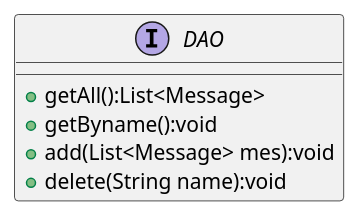
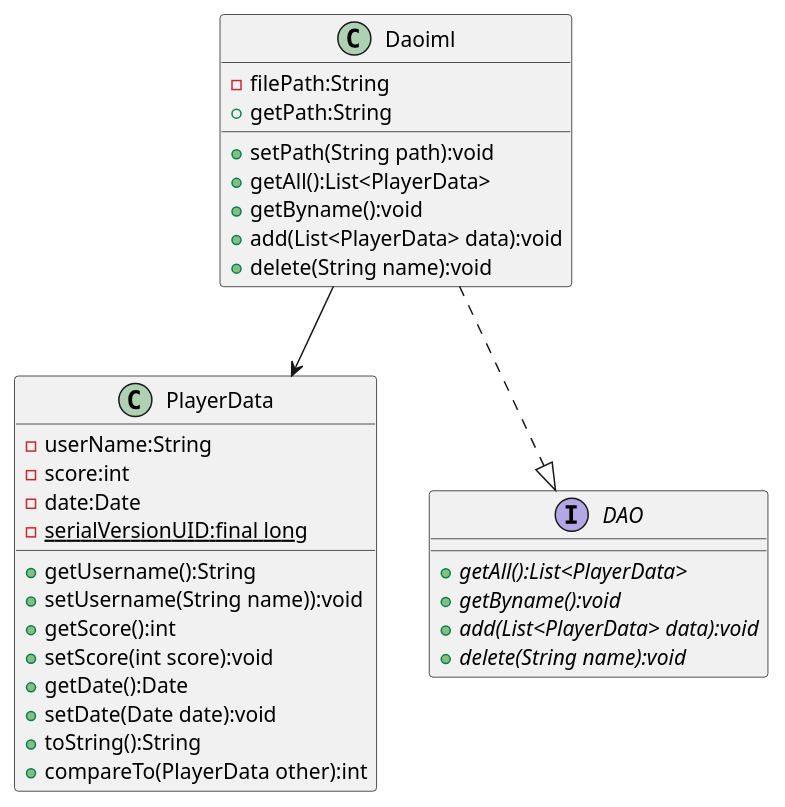
One commit to simple-luck/AircraftWar changed the diagram in uml/DAO.puml. Above: the diagram before and after it, drawn with PlantUML. The commit also changed 8 other files, not shown here.

```diff
--- a/uml/DAO.puml
+++ b/uml/DAO.puml
@@ -1,10 +1,37 @@
 @startuml
 'https://plantuml.com/sequence-diagram
 
+class PlayerData{
+    - userName:String
+    - score:int
+    - date:Date
+    - {static}serialVersionUID:final long
+    + getUsername():String
+    + setUsername(String name)):void
+    + getScore():int
+    + setScore(int score):void
+    + getDate():Date
+    + setDate(Date date):void
+    + toString():String
+    + compareTo(PlayerData other):int
+}
 interface DAO{
-    + getAll():List<Message>
+    + {abstract}getAll():List<PlayerData>
+    + {abstract}getByname():void
+    + {abstract}add(List<PlayerData> data):void
+    + {abstract}delete(String name):void
+}
+
+class Daoiml{
+    - filePath:String
+    + getPath:String
+    + setPath(String path):void
+    + getAll():List<PlayerData>
     + getByname():void
-    + add(List<Message> mes):void
+    + add(List<PlayerData> data):void
     + delete(String name):void
 }
+
+Daoiml-->PlayerData
+Daoiml..|>DAO
 @enduml
```
